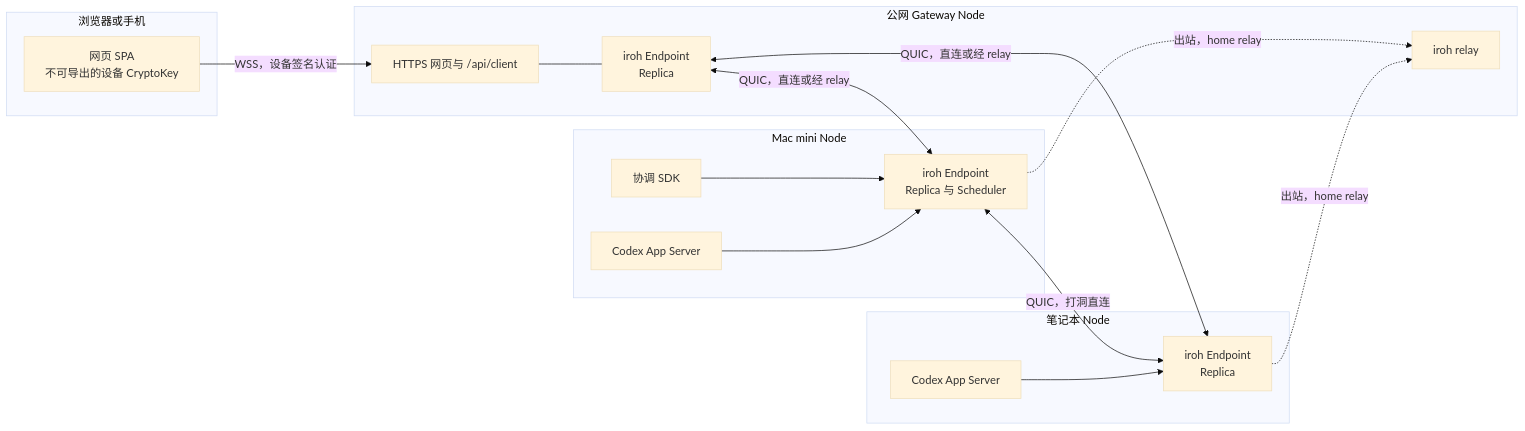
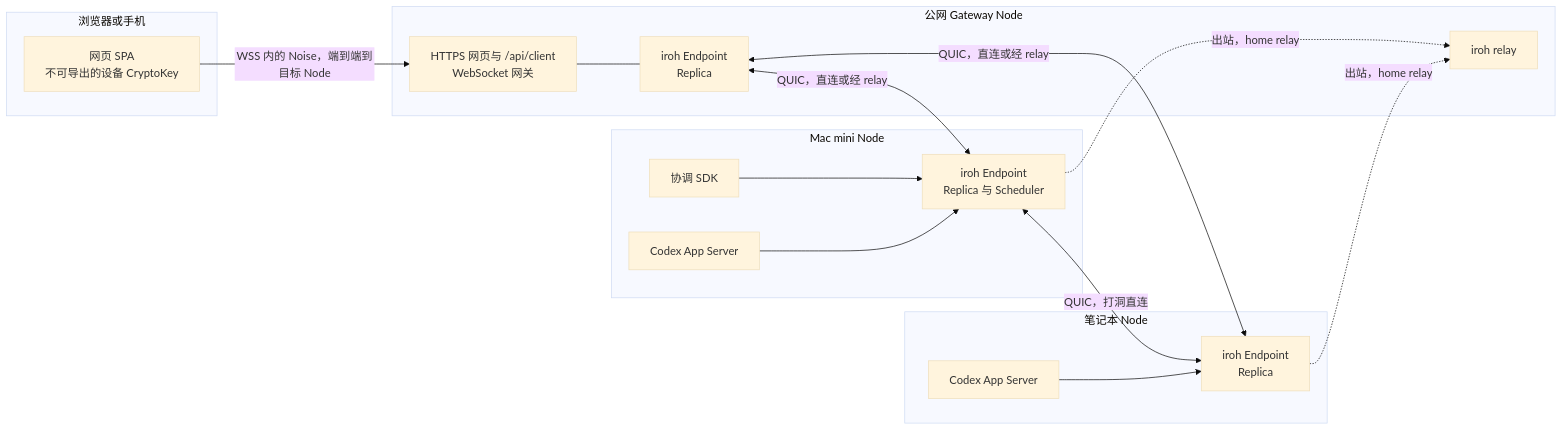
Before and after one commit to leaperone/vibeface: the first of 2 diagrams in docs/design/unified-network.md, drawn with Mermaid (base theme). The commit also changed other lines of this file, not shown here.

````diff
--- a/docs/design/unified-network.md
+++ b/docs/design/unified-network.md
@@ -26,30 +27,30 @@
 ```mermaid
 flowchart LR
 	subgraph Browser[浏览器或手机]
 		W[网页 SPA<br>不可导出的设备 CryptoKey]
 	end
 	subgraph GW[公网 Gateway Node]
-		GH[HTTPS 网页与 /api/client]
+		GH[HTTPS 网页与 /api/client<br>WebSocket 网关]
 		GR[iroh relay]
 		GE[iroh Endpoint<br>Replica]
 	end
 	subgraph MM[Mac mini Node]
 		ME[iroh Endpoint<br>Replica 与 Scheduler]
 		MC[协调 SDK]
 		MX[Codex App Server]
 	end
 	subgraph LP[笔记本 Node]
 		LE[iroh Endpoint<br>Replica]
 		LX[Codex App Server]
 	end
-	W -->|WSS，设备签名认证| GH
+	W -->|WSS 内的 Noise，端到端到目标 Node| GH
 	GH --- GE
 	GE <-->|QUIC，直连或经 relay| ME
 	GE <-->|QUIC，直连或经 relay| LE
 	ME <-->|QUIC，打洞直连| LE
 	ME -.->|出站，home relay| GR
 	LE -.->|出站，home relay| GR
 	MC --> ME
 	MX --> ME
 	LX --> LE
 ```
````
